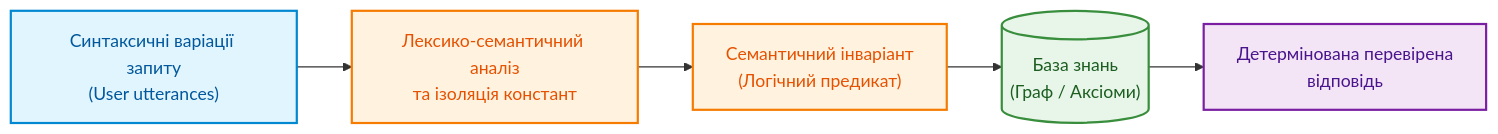
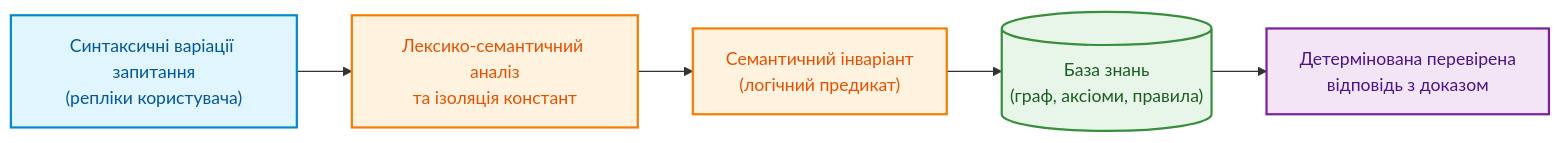
The first of 8 diagrams in ExpertSystem/ch13-language-variability-vs-determinism.md (nick-fedchik/articles), drawn with Mermaid before and after one commit. The commit also changed other lines of this file, not shown here.

````diff
--- a/ExpertSystem/ch13-language-variability-vs-determinism.md
+++ b/ExpertSystem/ch13-language-variability-vs-determinism.md
@@ -22,20 +21,20 @@
 ```mermaid
-flowchart LR 
+flowchart LR
     accTitle: Компіляція синтаксичних варіацій запиту в детерміновану відповідь
     accDescr: Схема перетворення довільного формулювання запиту через лексико-семантичний аналіз у предикат над базою знань.
 
-    U["Синтаксичні варіації запиту<br/>(User utterances)"] --> QA["Лексико-семантичний аналіз<br/>та ізоляція констант"]
-    QA --> SI["Семантичний інваріант<br/>(Логічний предикат)"]
-    SI --> KB[("База знань<br/>(Граф / Аксіоми)")]
-    KB --> DET["Детермінована перевірена<br/>відповідь"]
+    U["Синтаксичні варіації запитання<br/>(репліки користувача)"] --> QA["Лексико-семантичний аналіз<br/>та ізоляція констант"]
+    QA --> SI["Семантичний інваріант<br/>(логічний предикат)"]
+    SI --> KB[("База знань<br/>(граф, аксіоми, правила)")]
+    KB --> DET["Детермінована перевірена<br/>відповідь з доказом"]
 
     classDef in fill:#e1f5fe,stroke:#0288d1,stroke-width:2px,color:#01579b;
     classDef proc fill:#fff3e0,stroke:#f57c00,stroke-width:2px,color:#e65100;
     classDef store fill:#e8f5e9,stroke:#388e3c,stroke-width:2px,color:#1b5e20;
     classDef out fill:#f3e5f5,stroke:#7b1fa2,stroke-width:2px,color:#4a148c;
 
     class U in;
     class QA,SI proc;
     class KB store;
     class DET out;
 ```
````
